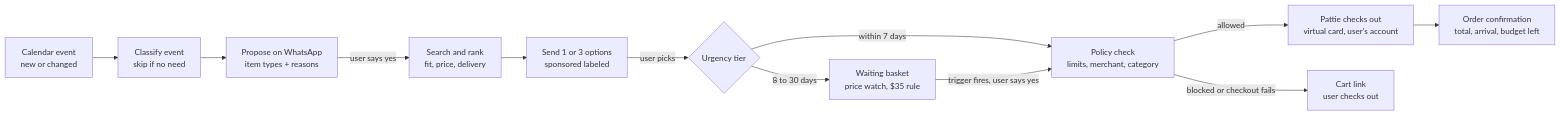
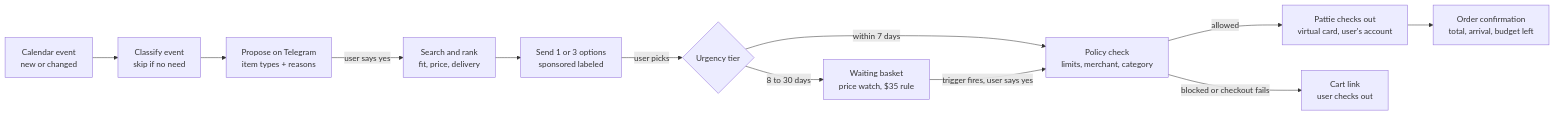
One commit to kolumba-ai/Pattie-shopping-agent changed the diagram in docs/PRD.md. Above: the diagram before and after it, drawn with Mermaid. The commit also changed other lines of this file, not shown here.

First line of the commit message:
PRD: switch from WhatsApp to Telegram and match the architecture

````diff
--- a/docs/PRD.md
+++ b/docs/PRD.md
@@ -69,14 +69,14 @@
 ```mermaid
 flowchart LR
     A[Calendar event<br/>new or changed] --> B[Classify event<br/>skip if no need]
-    B --> C[Propose on WhatsApp<br/>item types + reasons]
+    B --> C[Propose on Telegram<br/>item types + reasons]
     C -- user says yes --> D[Search and rank<br/>fit, price, delivery]
     D --> E[Send 1 or 3 options<br/>sponsored labeled]
     E -- user picks --> F{Urgency tier}
     F -- within 7 days --> G[Policy check<br/>limits, merchant, category]
     F -- 8 to 30 days --> H[Waiting basket<br/>price watch, $35 rule]
     H -- trigger fires, user says yes --> G
     G -- allowed --> I[Pattie checks out<br/>virtual card, user's account]
     G -- blocked or checkout fails --> J[Cart link<br/>user checks out]
     I --> K[Order confirmation<br/>total, arrival, budget left]
 ```
````
